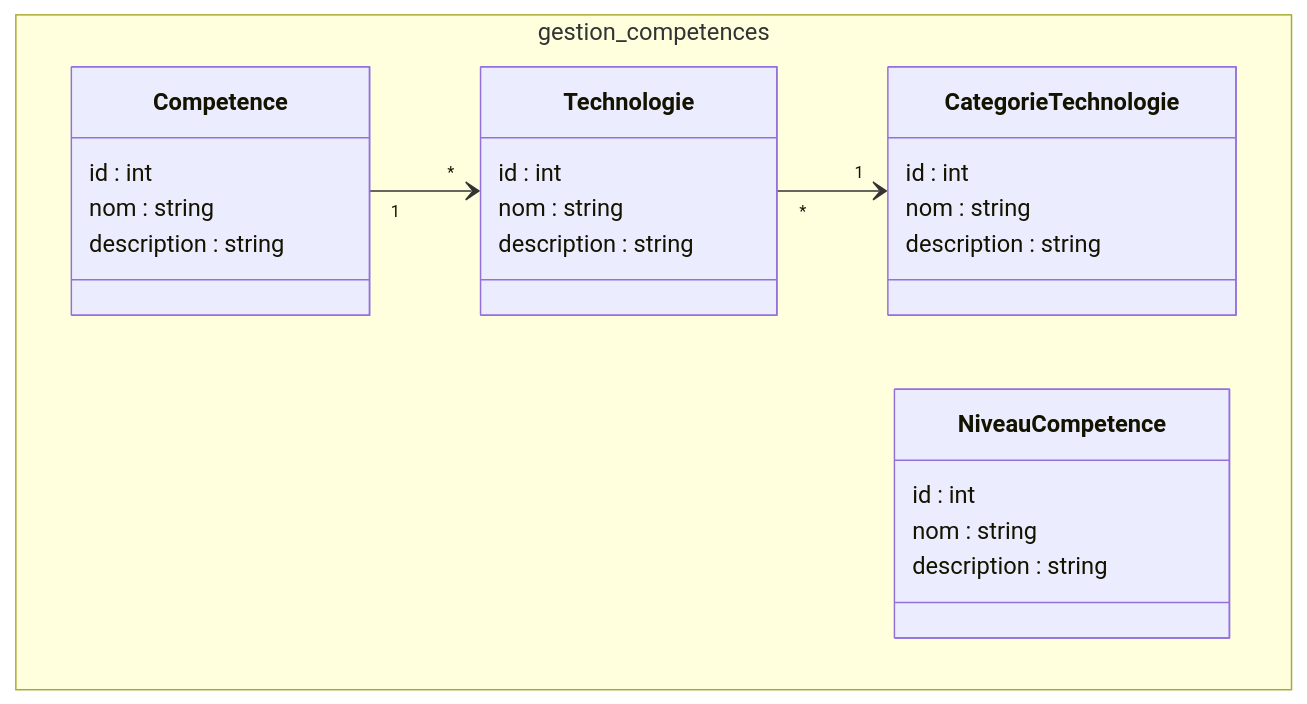
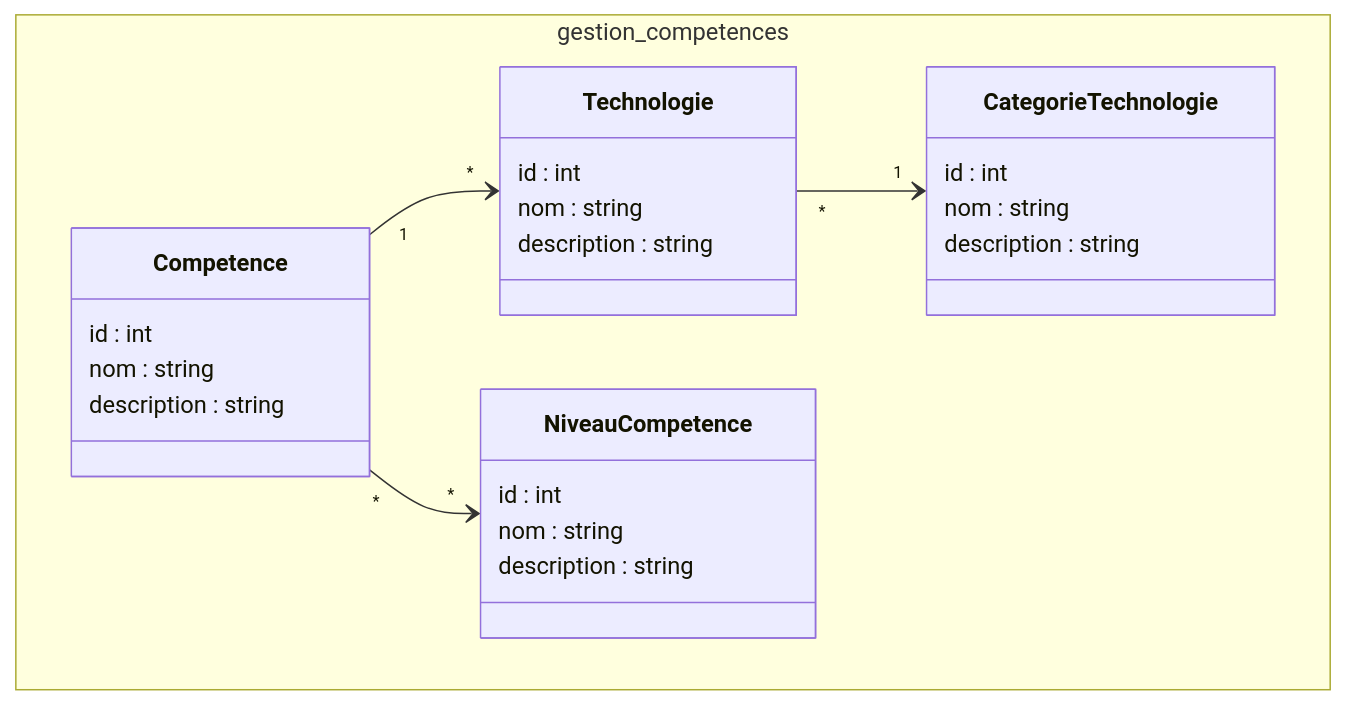
One commit to labs-web/prototype changed the diagram in modélisation/pkg_competences/classes_pkg_competences.mmd. Above: the diagram before and after it, drawn with Mermaid. The commit also changed 6 other files, not shown here.

```diff
--- a/modélisation/pkg_competences/classes_pkg_competences.mmd
+++ b/modélisation/pkg_competences/classes_pkg_competences.mmd
@@ -1,29 +1,30 @@
 classDiagram
 
 namespace gestion_competences {
 class Competence {
   id : int
   nom : string
   description : string
 }
 class NiveauCompetence {
   id : int
   nom : string
   description : string
 }
 class Technologie {
   id : int
   nom : string
   description : string
 }
 
 class CategorieTechnologie {
   id : int
   nom : string
   description : string
 }
 }
 
 
 Competence "1" --> "*" Technologie 
 Technologie "*" --> "1" CategorieTechnologie
+Competence "*" --> "*" NiveauCompetence 
```
